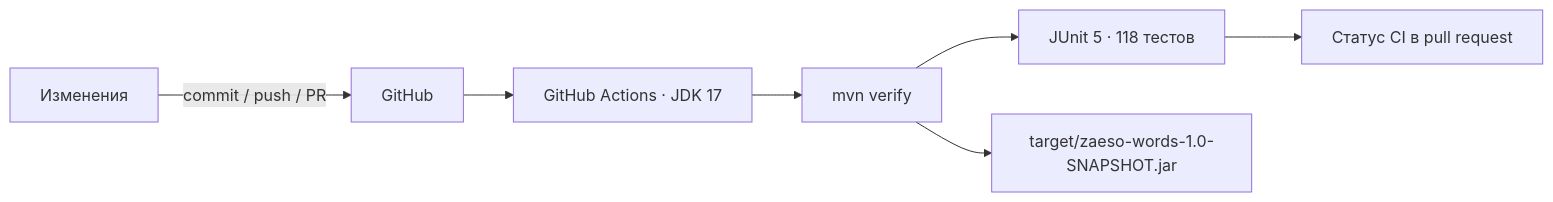
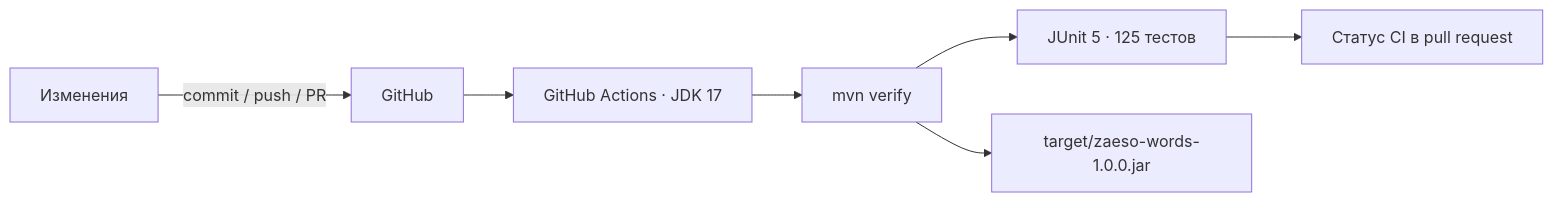
Before and after one commit to zaeso/zaeso-Words: the third of 4 diagrams in zaeso-Words-Roadmap.md, drawn with Mermaid. The commit also changed other lines of this file, not shown here.

````diff
--- a/zaeso-Words-Roadmap.md
+++ b/zaeso-Words-Roadmap.md
@@ -228,9 +242,9 @@
 ```mermaid
 flowchart LR
     DEV["Изменения"] -->|"commit / push / PR"| GH["GitHub"]
     GH --> CI["GitHub Actions · JDK 17"]
     CI --> MVN["mvn verify"]
-    MVN --> TESTS["JUnit 5 · 118 тестов"]
-    MVN --> JAR["target/zaeso-words-1.0-SNAPSHOT.jar"]
+    MVN --> TESTS["JUnit 5 · 125 тестов"]
+    MVN --> JAR["target/zaeso-words-1.0.0.jar"]
     TESTS --> STATUS["Статус CI в pull request"]
 ```
````
